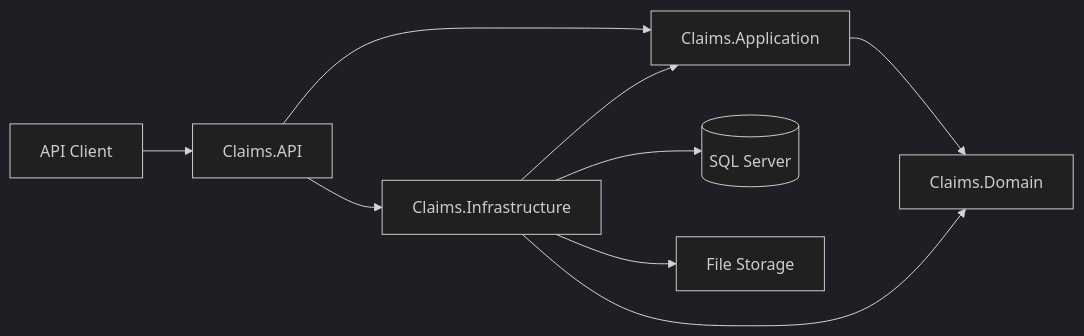
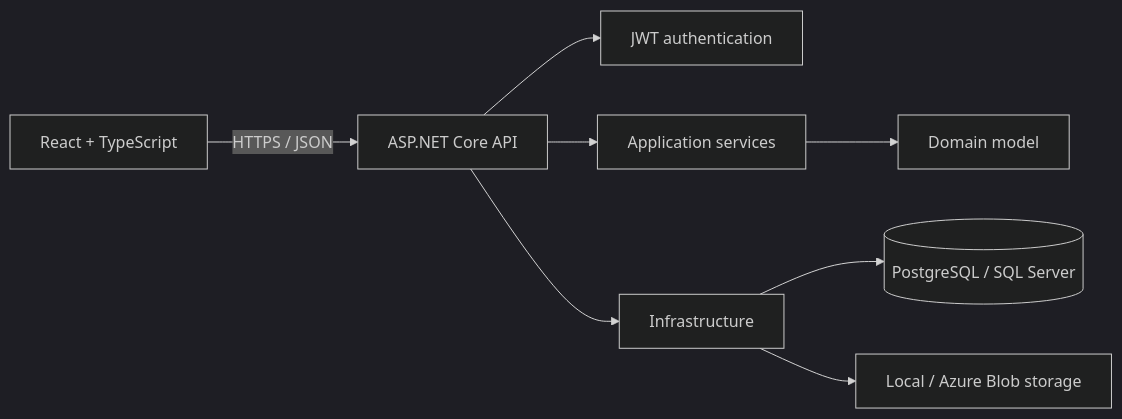
Before and after one commit to hajarmrifag/claims-management-api: the diagram in README.md, drawn with Mermaid (dark theme). The commit also changed other lines of this file and 8 other files, not shown here.

````diff
--- a/README.md
+++ b/README.md
@@ -11,14 +58,10 @@
 ```mermaid
 flowchart LR
-    Client[API Client] --> API[Claims.API]
-
-    API --> Application[Claims.Application]
-    API --> Infrastructure[Claims.Infrastructure]
-
-    Application --> Domain[Claims.Domain]
-    Infrastructure --> Application
-    Infrastructure --> Domain
-
-    Infrastructure --> DB[(SQL Server)]
-    Infrastructure --> Storage[File Storage]
+    Browser[React + TypeScript] -->|HTTPS / JSON| API[ASP.NET Core API]
+    API --> Auth[JWT authentication]
+    API --> App[Application services]
+    App --> Domain[Domain model]
+    API --> Infra[Infrastructure]
+    Infra --> DB[(PostgreSQL / SQL Server)]
+    Infra --> Files[Local / Azure Blob storage]
 ```
````
